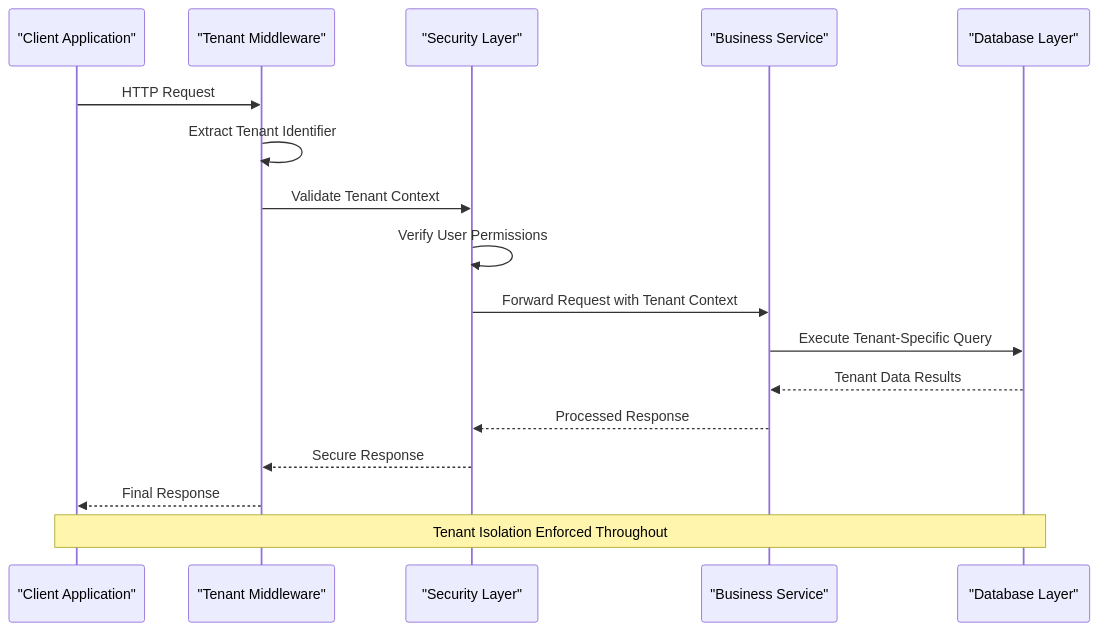
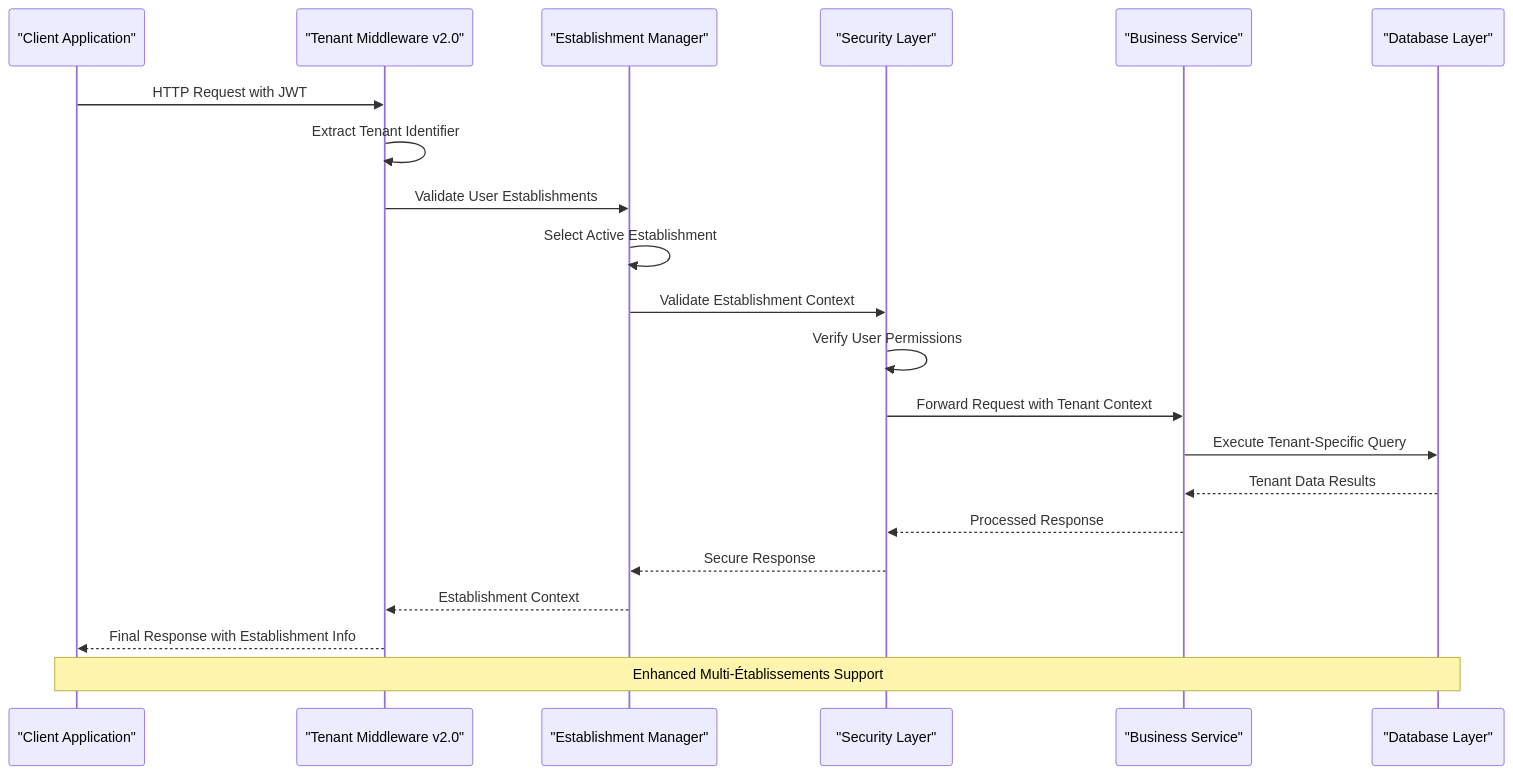
Before and after one commit to franckylab/eLISAschool: the second of 7 diagrams in .qoder/repowiki/en/content/Architecture Overview/Multi-Tenant Architecture.md, drawn with Mermaid. The commit also changed other lines of this file and 75 other files, not shown here.

````diff
--- a/.qoder/repowiki/en/content/Architecture Overview/Multi-Tenant Architecture.md
+++ b/.qoder/repowiki/en/content/Architecture Overview/Multi-Tenant Architecture.md
@@ -107,19 +143,23 @@
 ```mermaid
 sequenceDiagram
 participant Client as "Client Application"
-participant Middleware as "Tenant Middleware"
+participant Middleware as "Tenant Middleware v2.0"
+participant Establishment as "Establishment Manager"
 participant Security as "Security Layer"
 participant Service as "Business Service"
 participant Database as "Database Layer"
-Client->>Middleware : HTTP Request
+Client->>Middleware : HTTP Request with JWT
 Middleware->>Middleware : Extract Tenant Identifier
-Middleware->>Security : Validate Tenant Context
+Middleware->>Establishment : Validate User Establishments
+Establishment->>Establishment : Select Active Establishment
+Establishment->>Security : Validate Establishment Context
 Security->>Security : Verify User Permissions
 Security->>Service : Forward Request with Tenant Context
 Service->>Database : Execute Tenant-Specific Query
 Database-->>Service : Tenant Data Results
 Service-->>Security : Processed Response
-Security-->>Middleware : Secure Response
-Middleware-->>Client : Final Response
-Note over Client,Database : Tenant Isolation Enforced Throughout
+Security-->>Establishment : Secure Response
+Establishment-->>Middleware : Establishment Context
+Middleware-->>Client : Final Response with Establishment Info
+Note over Client,Database : Enhanced Multi-Établissements Support
 ```
````
